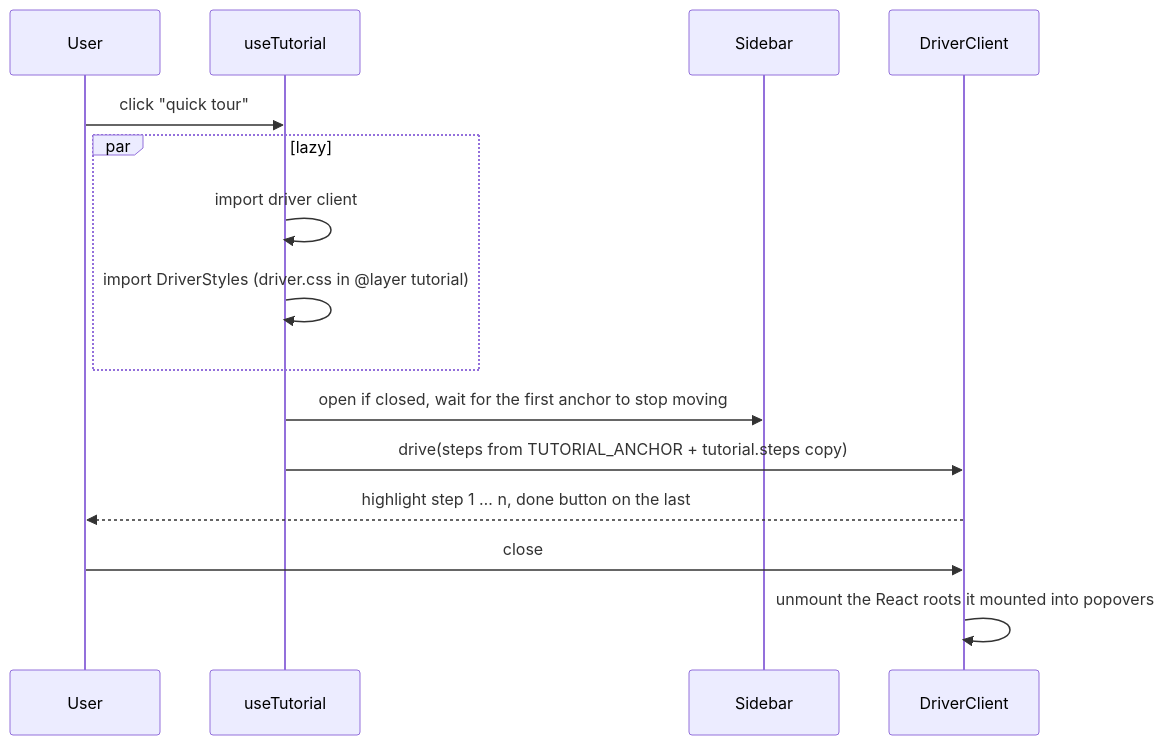
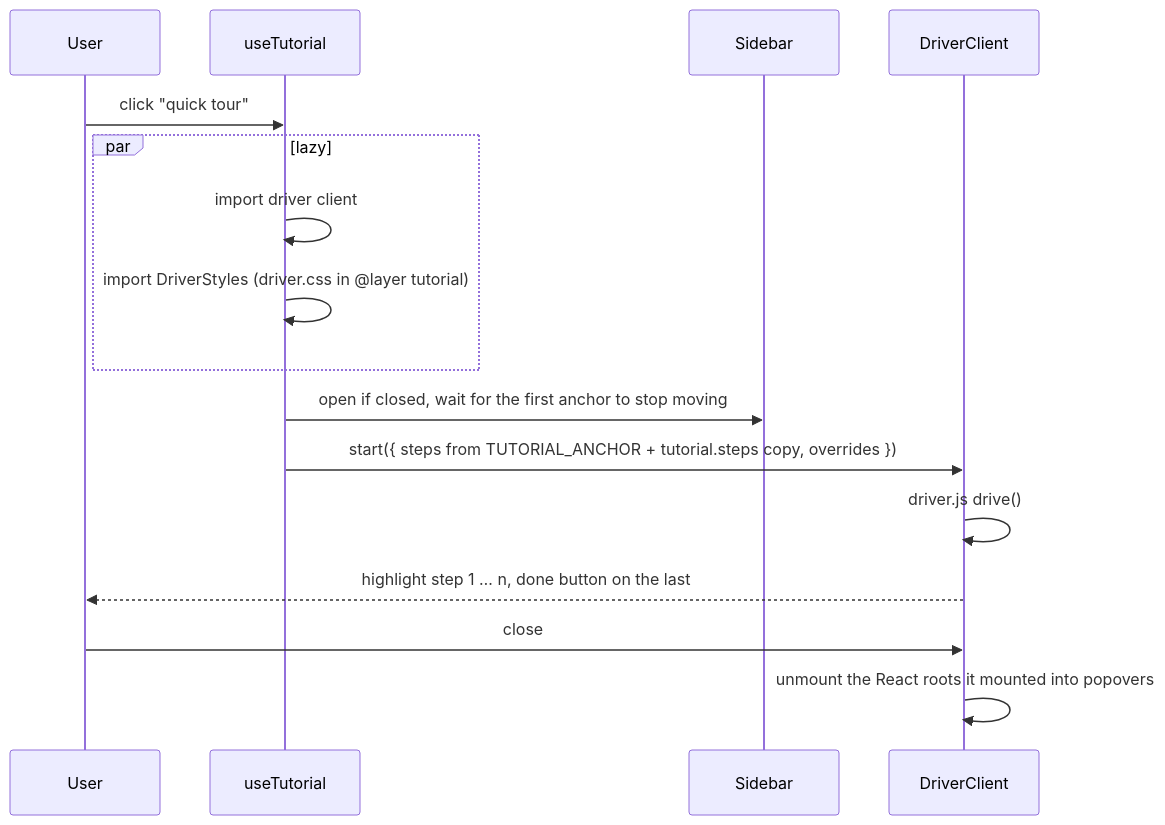
Before and after one commit to fbuireu/forever-pto: the diagram in apps/docs/src/content/docs/how-it-works/tutorial.mdx, drawn with Mermaid. The commit also changed 21 other files, not shown here.

````diff
--- a/apps/docs/src/content/docs/how-it-works/tutorial.mdx
+++ b/apps/docs/src/content/docs/how-it-works/tutorial.mdx
@@ -9,22 +9,23 @@
 ```mermaid
 ---
 config:
   look: handDrawn
   layout: dagre
 ---
 sequenceDiagram
   participant U as User
   participant H as useTutorial
   participant SB as Sidebar
   participant D as DriverClient
   U->>H: click "quick tour"
   par lazy
     H->>H: import driver client
     H->>H: import DriverStyles (driver.css in @layer tutorial)
   end
   H->>SB: open if closed, wait for the first anchor to stop moving
-  H->>D: drive(steps from TUTORIAL_ANCHOR + tutorial.steps copy)
+  H->>D: start({ steps from TUTORIAL_ANCHOR + tutorial.steps copy, overrides })
+  D->>D: driver.js drive()
   D-->>U: highlight step 1 … n, done button on the last
   U->>D: close
   D->>D: unmount the React roots it mounted into popovers
 ```
````
